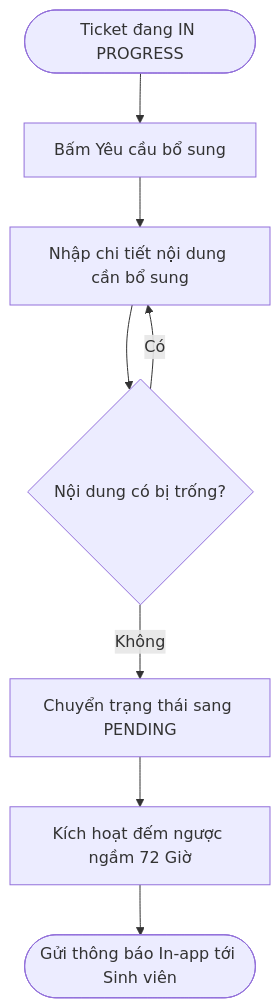
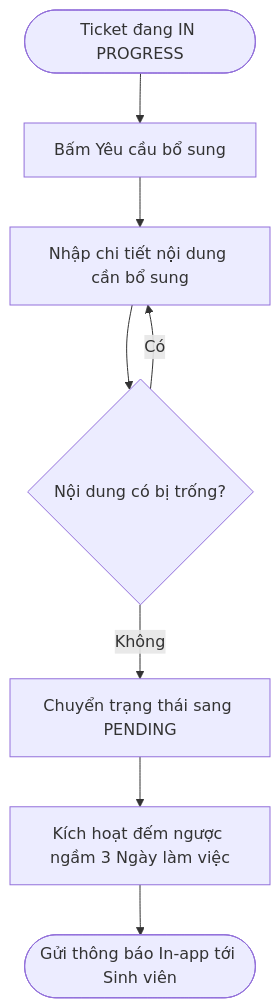
Before and after one commit to IvyPear/UniSupport: the third of 6 diagrams in docs/workflows/03-quy-trinh-nhan-vien.md, drawn with Mermaid. The commit also changed other lines of this file and 8 other files, not shown here.

````diff
--- a/docs/workflows/03-quy-trinh-nhan-vien.md
+++ b/docs/workflows/03-quy-trinh-nhan-vien.md
@@ -73,10 +73,10 @@
 ```mermaid
 graph TD
     A([Ticket đang IN PROGRESS]) --> B[Bấm Yêu cầu bổ sung]
     B --> C[Nhập chi tiết nội dung cần bổ sung]
     C --> D{Nội dung có bị trống?}
     D -->|Có| C
     D -->|Không| E[Chuyển trạng thái sang PENDING]
-    E --> F[Kích hoạt đếm ngược ngầm 72 Giờ]
+    E --> F[Kích hoạt đếm ngược ngầm 3 Ngày làm việc]
     F --> G([Gửi thông báo In-app tới Sinh viên])
 ```
````
